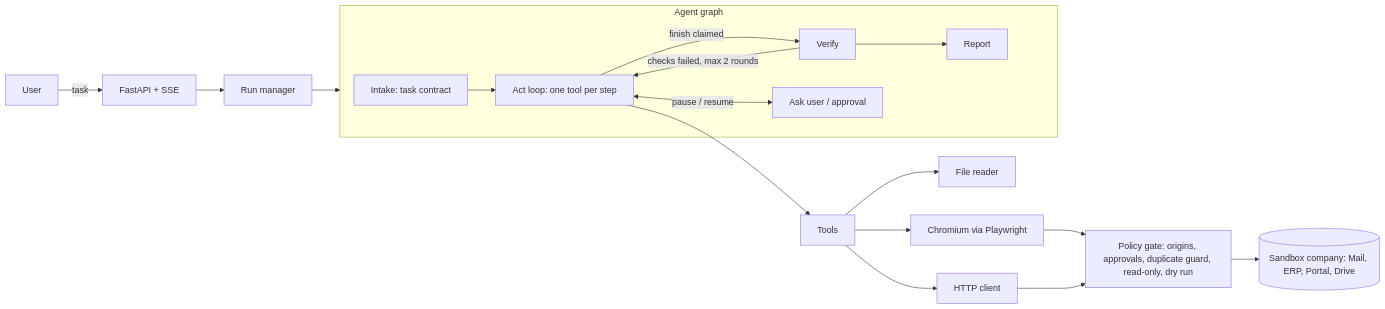
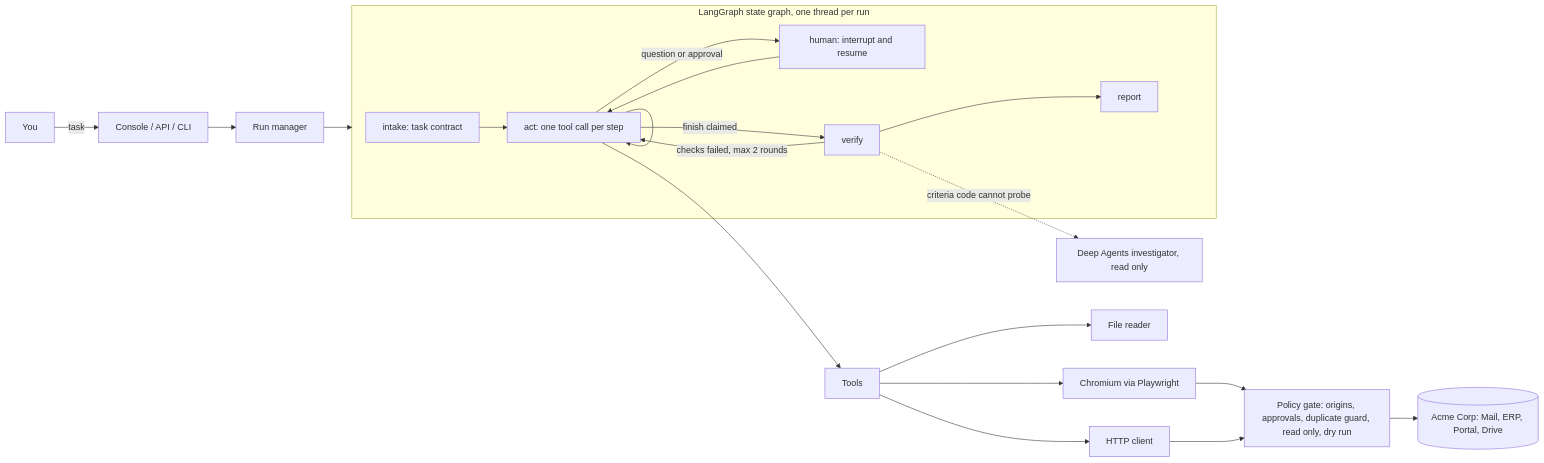
The diagram in README.md (KUNALSHAWW/Autonomous-AI-Task-Worker), drawn with Mermaid before and after one commit. The commit also changed other lines of this file and 32 other files, not shown here.

````diff
--- a/README.md
+++ b/README.md
@@ -91,21 +122,24 @@
 ```mermaid
 flowchart LR
-    U[User] -->|task| API[FastAPI + SSE]
-    API --> RM[Run manager]
+    U[You] -->|task| UI[Console / API / CLI]
+    UI --> RM[Run manager]
     RM --> G
 
-    subgraph G[Agent graph]
-      I[Intake: task contract] --> A[Act loop: one tool per step]
-      A -->|finish claimed| V[Verify]
+    subgraph G[LangGraph state graph, one thread per run]
+      I[intake: task contract] --> A[act: one tool call per step]
+      A --> A
+      A -->|question or approval| H[human: interrupt and resume]
+      H --> A
+      A -->|finish claimed| V[verify]
       V -->|checks failed, max 2 rounds| A
-      V --> R[Report]
-      A <-->|pause / resume| H[Ask user / approval]
+      V --> R[report]
     end
 
+    V -.->|criteria code cannot probe| D[Deep Agents investigator, read only]
     A --> T[Tools]
     T --> B[Chromium via Playwright]
     T --> F[File reader]
     T --> X[HTTP client]
-    B & X --> GATE[Policy gate: origins, approvals, duplicate guard, read-only, dry run]
-    GATE --> S[(Sandbox company: Mail, ERP, Portal, Drive)]
+    B & X --> GATE[Policy gate: origins, approvals, duplicate guard, read only, dry run]
+    GATE --> S[(Acme Corp: Mail, ERP, Portal, Drive)]
 ```
````
